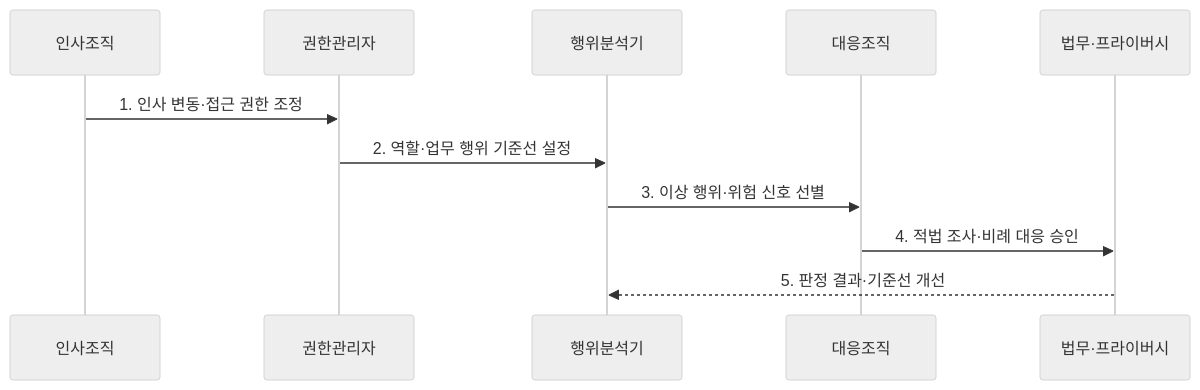
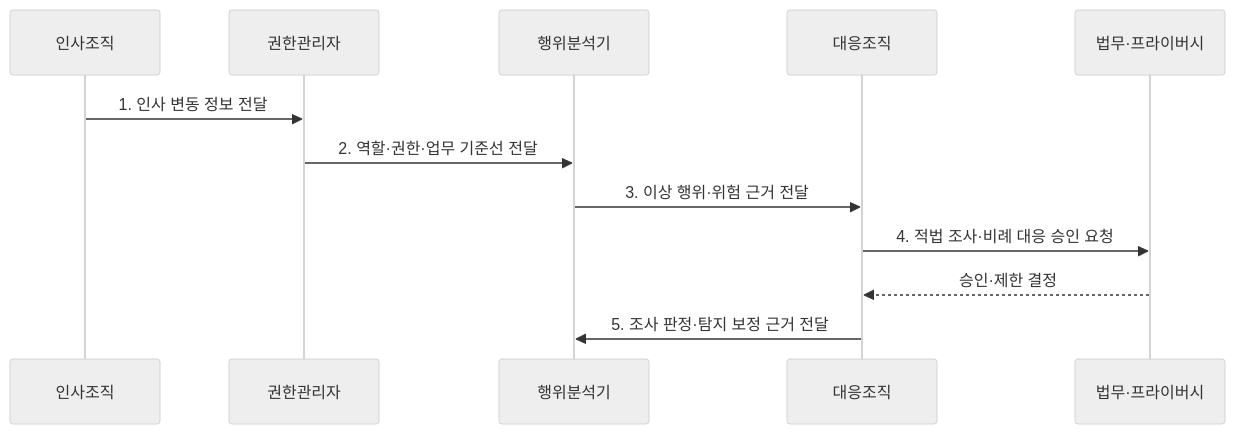
One commit to agnusdei1207/knowledge-base changed the second of 2 diagrams in src/content/docs/notes/05-security/113_insider_threat_management.md. Above: the diagram before and after it, drawn with Mermaid (neutral theme). The commit also changed other lines of this file and 20 other files, not shown here.

````diff
--- a/src/content/docs/notes/05-security/113_insider_threat_management.md
+++ b/src/content/docs/notes/05-security/113_insider_threat_management.md
@@ -77,13 +79,14 @@
 ```mermaid
 sequenceDiagram
   participant H as 인사조직
   participant I as 권한관리자
   participant A as 행위분석기
   participant R as 대응조직
   participant L as 법무·프라이버시
-  H->>I: 1. 인사 변동·접근 권한 조정
-  I->>A: 2. 역할·업무 행위 기준선 설정
-  A->>R: 3. 이상 행위·위험 신호 선별
-  R->>L: 4. 적법 조사·비례 대응 승인
-  L-->>A: 5. 판정 결과·기준선 개선
+  H->>I: 1. 인사 변동 정보 전달
+  I->>A: 2. 역할·권한·업무 기준선 전달
+  A->>R: 3. 이상 행위·위험 근거 전달
+  R->>L: 4. 적법 조사·비례 대응 승인 요청
+  L-->>R: 승인·제한 결정
+  R->>A: 5. 조사 판정·탐지 보정 근거 전달
 ```
````
